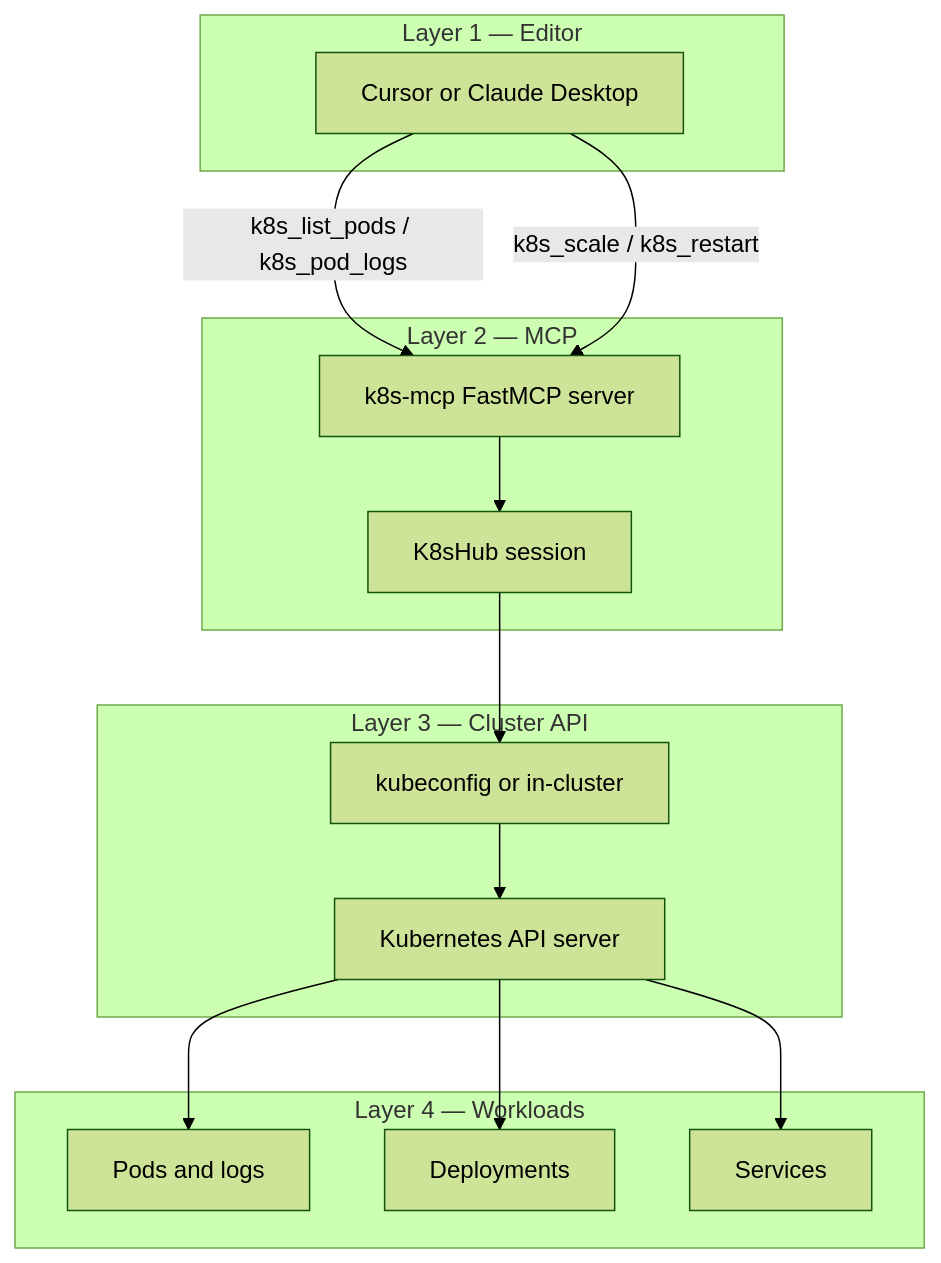
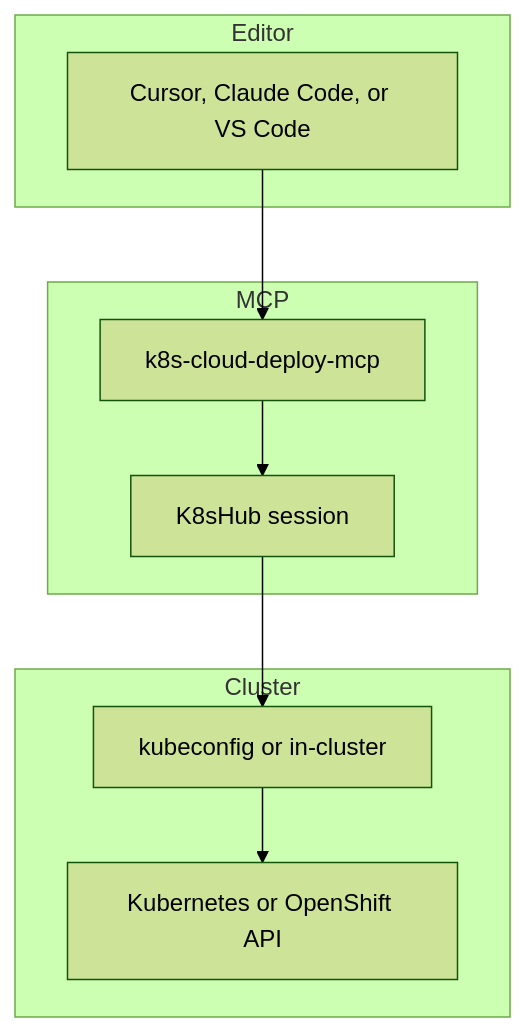
The diagram in README.md (Pawangunjkar/k8s-mcp), drawn with Mermaid (forest theme) before and after one commit. The commit also changed other lines of this file and 22 other files, not shown here.

First line of the commit message:
Upgrade the Kubernetes MCP for OpenShift and multi-cloud rollouts.

````diff
--- a/README.md
+++ b/README.md
@@ -21,31 +21,15 @@
 ```mermaid
 flowchart TB
-  subgraph L1["Layer 1 — Editor"]
-    IDE["Cursor or Claude Desktop"]
+  subgraph L1["Editor"]
+    IDE["Cursor, Claude Code, or VS Code"]
   end
-
-  subgraph L2["Layer 2 — MCP"]
-    SRV["k8s-mcp FastMCP server"]
+  subgraph L2["MCP"]
+    SRV["k8s-cloud-deploy-mcp"]
     HUB["K8sHub session"]
   end
-
-  subgraph L3["Layer 3 — Cluster API"]
+  subgraph L3["Cluster"]
     CFG["kubeconfig or in-cluster"]
-    API["Kubernetes API server"]
+    API["Kubernetes or OpenShift API"]
   end
-
-  subgraph L4["Layer 4 — Workloads"]
-    POD["Pods and logs"]
-    DEP["Deployments"]
-    SVC["Services"]
-  end
-
-  IDE -->|"k8s_list_pods / k8s_pod_logs"| SRV
-  IDE -->|"k8s_scale / k8s_restart"| SRV
-  SRV --> HUB
-  HUB --> CFG
-  CFG --> API
-  API --> POD
-  API --> DEP
-  API --> SVC
+  IDE --> SRV --> HUB --> CFG --> API
 ```
````
